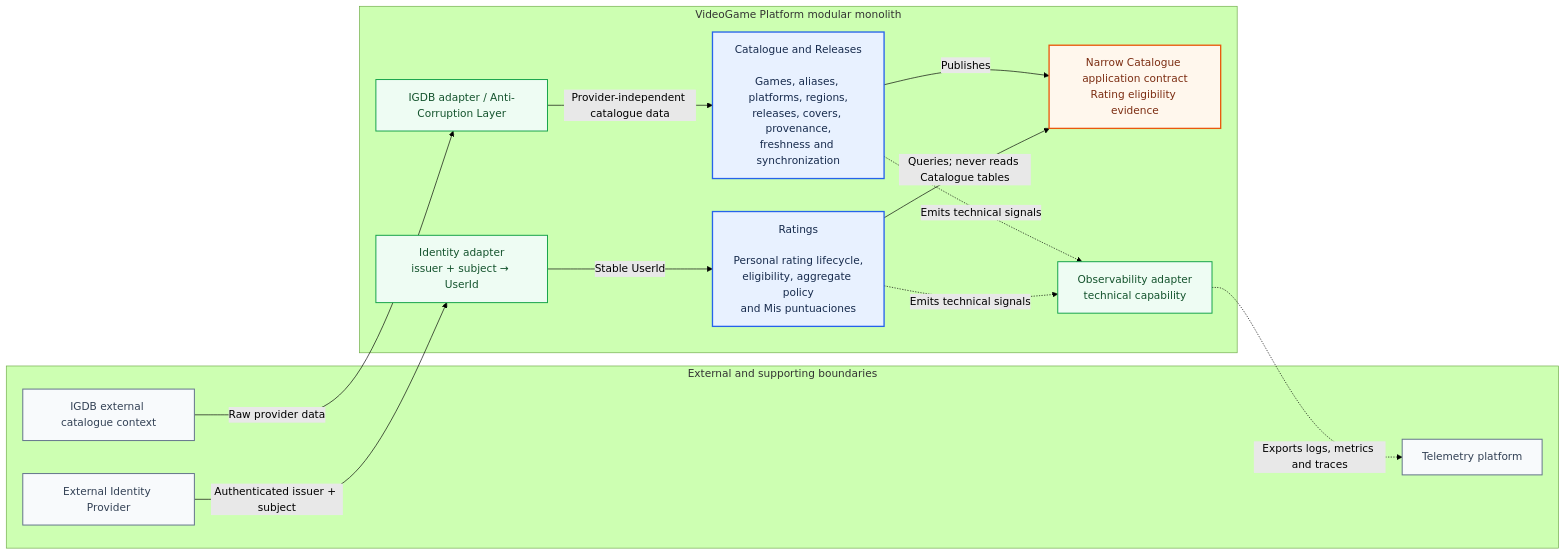
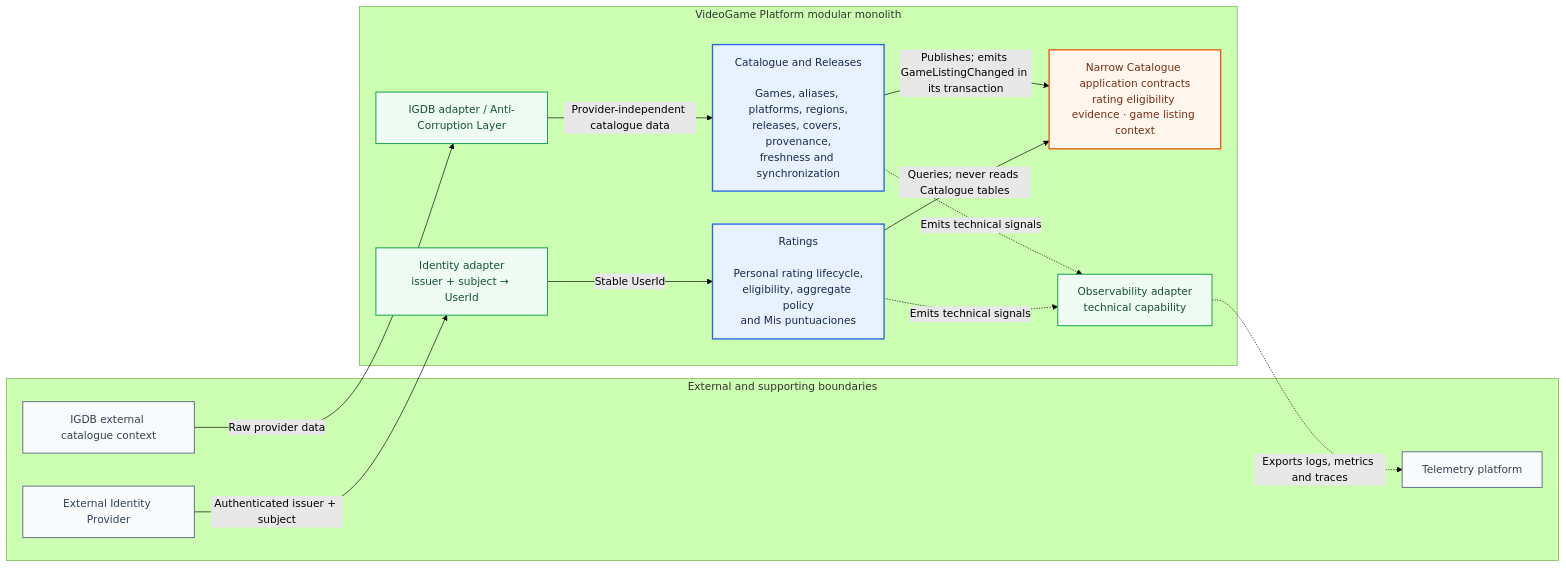
The diagram in docs/architecture/diagrams/mermaid/module-context-map.mmd (rubhern/videogame-platform), drawn with Mermaid (forest theme) before and after one commit. The commit also changed 37 other files, not shown here.

```diff
--- a/docs/architecture/diagrams/mermaid/module-context-map.mmd
+++ b/docs/architecture/diagrams/mermaid/module-context-map.mmd
@@ -1,38 +1,38 @@
 flowchart LR
     subgraph External["External and supporting boundaries"]
         IGDB["IGDB external catalogue context"]
         IdP["External Identity Provider"]
         Telemetry["Telemetry platform"]
     end
 
     subgraph Product["VideoGame Platform modular monolith"]
         Catalogue["Catalogue and Releases<br/><br/>Games, aliases, platforms, regions,<br/>releases, covers, provenance,<br/>freshness and synchronization"]
-        EligibilityContract["Narrow Catalogue application contract<br/>Rating eligibility evidence"]
+        CatalogueContract["Narrow Catalogue application contracts<br/>rating eligibility evidence · game listing context"]
         Ratings["Ratings<br/><br/>Personal rating lifecycle,<br/>eligibility, aggregate policy<br/>and Mis puntuaciones"]
         ACL["IGDB adapter / Anti-Corruption Layer"]
         IdentityAdapter["Identity adapter<br/>issuer + subject → UserId"]
         Observability["Observability adapter<br/>technical capability"]
     end
 
     IGDB -->|Raw provider data| ACL
     ACL -->|Provider-independent catalogue data| Catalogue
 
-    Catalogue -->|Publishes| EligibilityContract
-    Ratings -->|Queries; never reads Catalogue tables| EligibilityContract
+    Catalogue -->|Publishes; emits GameListingChanged in its transaction| CatalogueContract
+    Ratings -->|Queries; never reads Catalogue tables| CatalogueContract
 
     IdP -->|Authenticated issuer + subject| IdentityAdapter
     IdentityAdapter -->|Stable UserId| Ratings
 
     Catalogue -.->|Emits technical signals| Observability
     Ratings -.->|Emits technical signals| Observability
     Observability -.->|Exports logs, metrics and traces| Telemetry
 
 
     classDef domain fill:#e8f1ff,stroke:#2563eb,stroke-width:2px,color:#172b4d
     classDef external fill:#f8fafc,stroke:#64748b,stroke-width:1.5px,color:#334155
     classDef adapter fill:#eefcf3,stroke:#16a34a,stroke-width:1.5px,color:#14532d
     classDef contract fill:#fff7ed,stroke:#ea580c,stroke-width:2px,color:#7c2d12
     class Catalogue,Ratings domain
     class IGDB,IdP,Telemetry external
     class Observability,IdentityAdapter,ACL adapter
-    class EligibilityContract contract
+    class CatalogueContract contract
```
